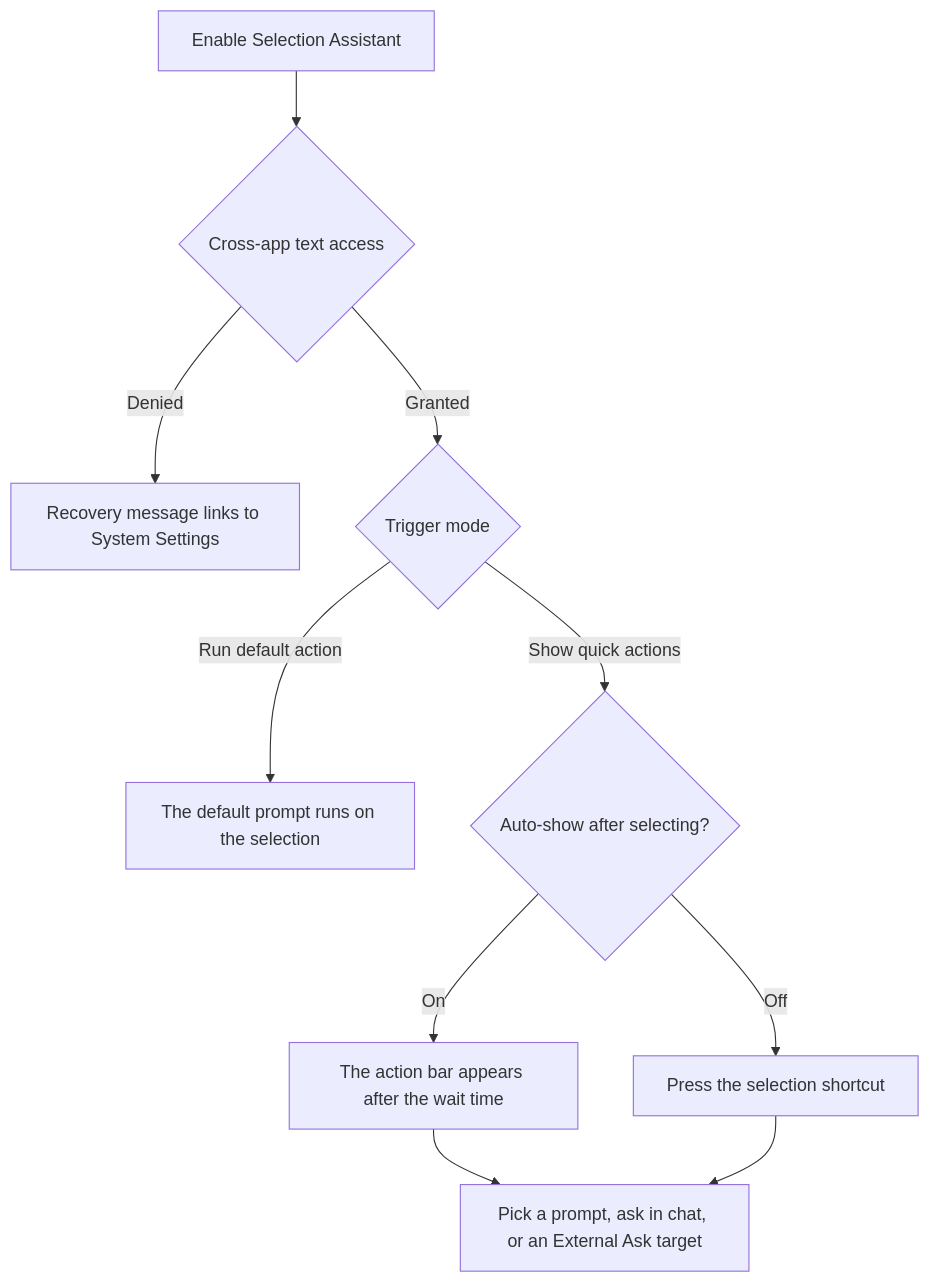
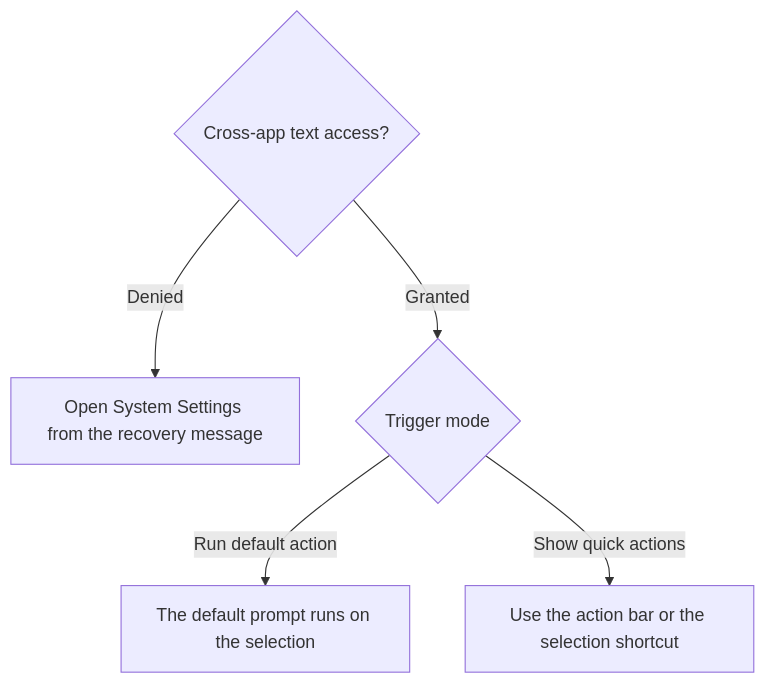
One commit to shiquda/SpotAsk changed the diagram in docs/site/guides/selection-assistant.md. Above: the diagram before and after it, drawn with Mermaid. The commit also changed other lines of this file and 14 other files, not shown here.

First line of the commit message:
fix(docs): render mermaid labels as SVG text and style nodes by type (#39)

````diff
--- a/docs/site/guides/selection-assistant.md
+++ b/docs/site/guides/selection-assistant.md
@@ -19,12 +19,11 @@
-```mermaid Selection Assistant path: permission, trigger mode, and how an action reaches the selection
+```mermaid Selection Assistant: permission first, then the trigger you chose
 flowchart TD
-  A[Enable Selection Assistant] --> B{Cross-app text access}
-  B -->|Denied| C[Recovery message links to System Settings]
-  B -->|Granted| D{Trigger mode}
-  D -->|Run default action| E[The default prompt runs on the selection]
-  D -->|Show quick actions| F{Auto-show after selecting?}
-  F -->|On| G[The action bar appears after the wait time]
-  F -->|Off| H[Press the selection shortcut]
-  G --> I[Pick a prompt, ask in chat, or an External Ask target]
-  H --> I
+  A{Cross-app text access?}
+  A -->|Denied| B[Open System Settings from the recovery message]
+  A -->|Granted| C{Trigger mode}
+  C -->|Run default action| D[The default prompt runs on the selection]
+  C -->|Show quick actions| E[Use the action bar or the selection shortcut]
+  class A entry
+  class C decision
+  class B,D,E outcome
 ```
````
